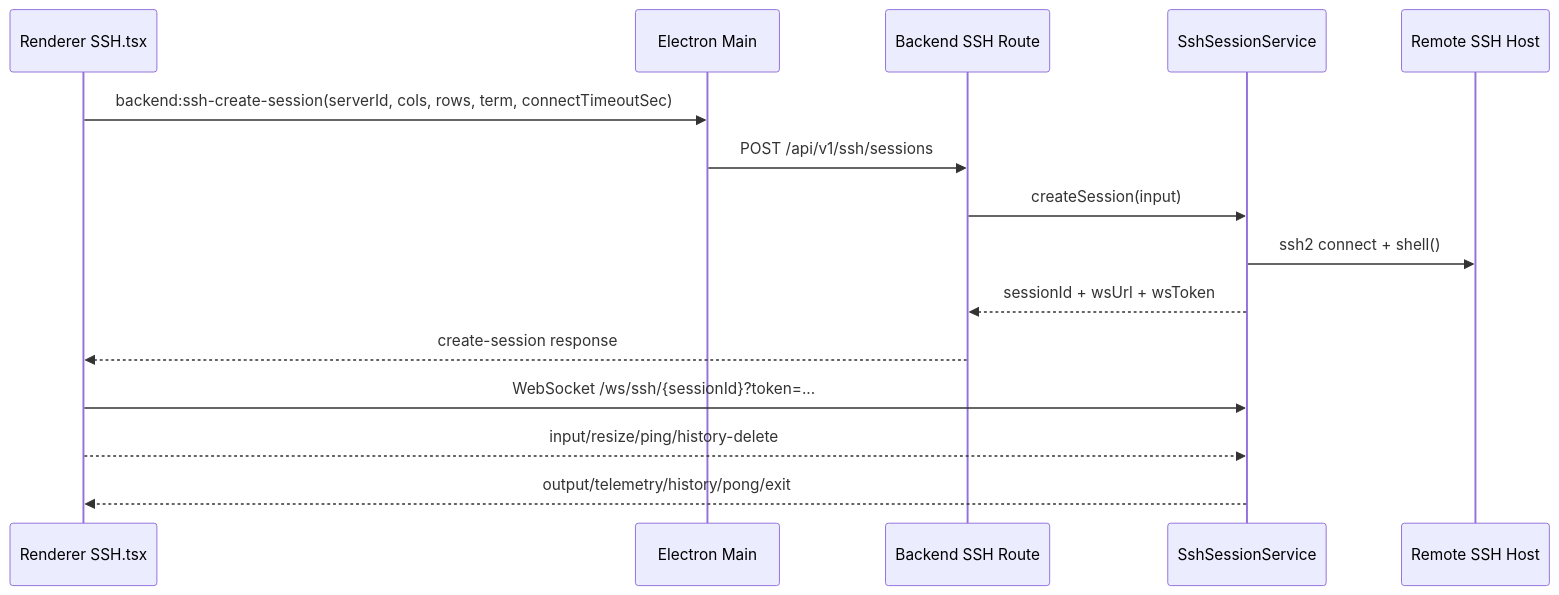
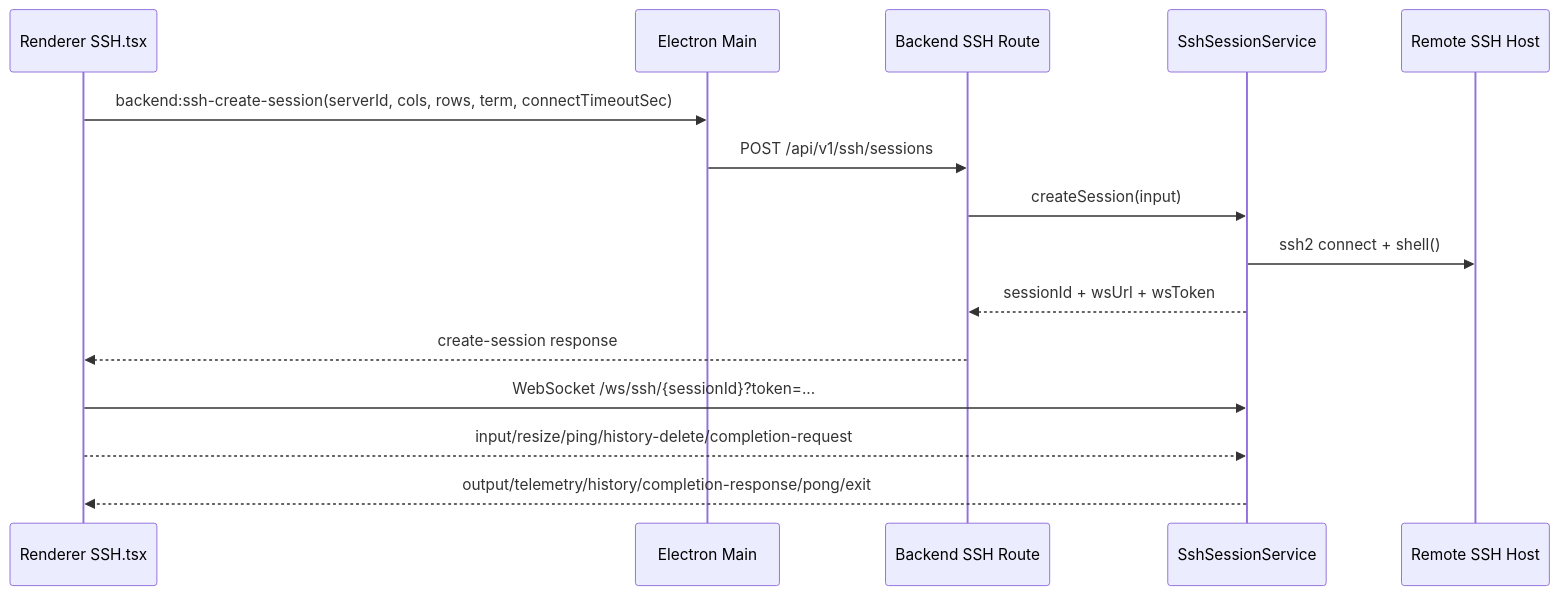
The first of 2 diagrams in docs/developer/runtime/ssh-terminal.md (agoudbg/Cosmosh), drawn with Mermaid before and after one commit. The commit also changed other lines of this file and 31 other files, not shown here.

````diff
--- a/docs/developer/runtime/ssh-terminal.md
+++ b/docs/developer/runtime/ssh-terminal.md
@@ -10,18 +10,18 @@
 ```mermaid
 sequenceDiagram
   participant UI as Renderer SSH.tsx
   participant MAIN as Electron Main
   participant API as Backend SSH Route
   participant SSH as SshSessionService
   participant REM as Remote SSH Host
 
   UI->>MAIN: backend:ssh-create-session(serverId, cols, rows, term, connectTimeoutSec)
   MAIN->>API: POST /api/v1/ssh/sessions
   API->>SSH: createSession(input)
   SSH->>REM: ssh2 connect + shell()
   SSH-->>API: sessionId + wsUrl + wsToken
   API-->>UI: create-session response
   UI->>SSH: WebSocket /ws/ssh/{sessionId}?token=...
-  UI-->>SSH: input/resize/ping/history-delete
-  SSH-->>UI: output/telemetry/history/pong/exit
+  UI-->>SSH: input/resize/ping/history-delete/completion-request
+  SSH-->>UI: output/telemetry/history/completion-response/pong/exit
 ```
````
